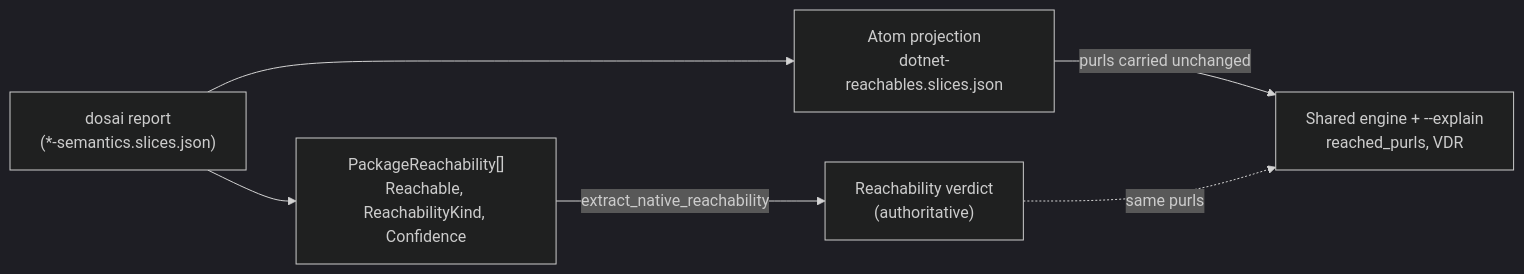
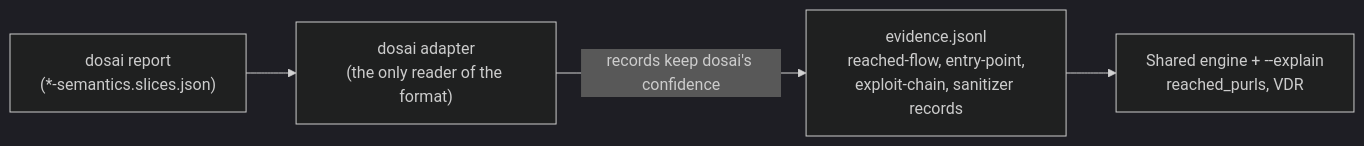
Before and after one commit to owasp-dep-scan/dep-scan: the diagram in documentation/docs/languages/dotnet-reachability.mdx, drawn with Mermaid (dark theme). The commit also changed other lines of this file and 4 other files, not shown here.

First line of the commit message:
Document the evidence store as the scan's reachability output

````diff
--- a/documentation/docs/languages/dotnet-reachability.mdx
+++ b/documentation/docs/languages/dotnet-reachability.mdx
@@ -97,14 +96,11 @@
 ```mermaid
 flowchart LR
     dosai["dosai report<br/>(*-semantics.slices.json)"]
-    native["PackageReachability[]<br/>Reachable, ReachabilityKind, Confidence"]
-    proj["Atom projection<br/>dotnet-reachables.slices.json"]
-    truth["Reachability verdict<br/>(authoritative)"]
+    adapter["dosai adapter<br/>(the only reader of the format)"]
+    store["evidence.jsonl<br/>reached-flow, entry-point,<br/>exploit-chain, sanitizer records"]
     engine["Shared engine + --explain<br/>reached_purls, VDR"]
 
-    dosai --> native
-    dosai --> proj
-    native -->|"extract_native_reachability"| truth
-    proj -->|"purls carried unchanged"| engine
-    truth -.->|"same purls"| engine
+    dosai --> adapter
+    adapter -->|"records keep dosai's confidence"| store
+    store --> engine
 ```
````
